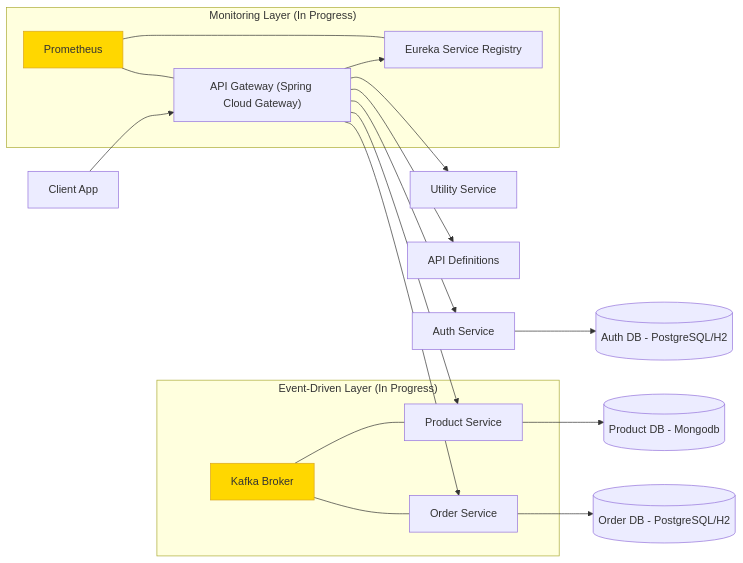
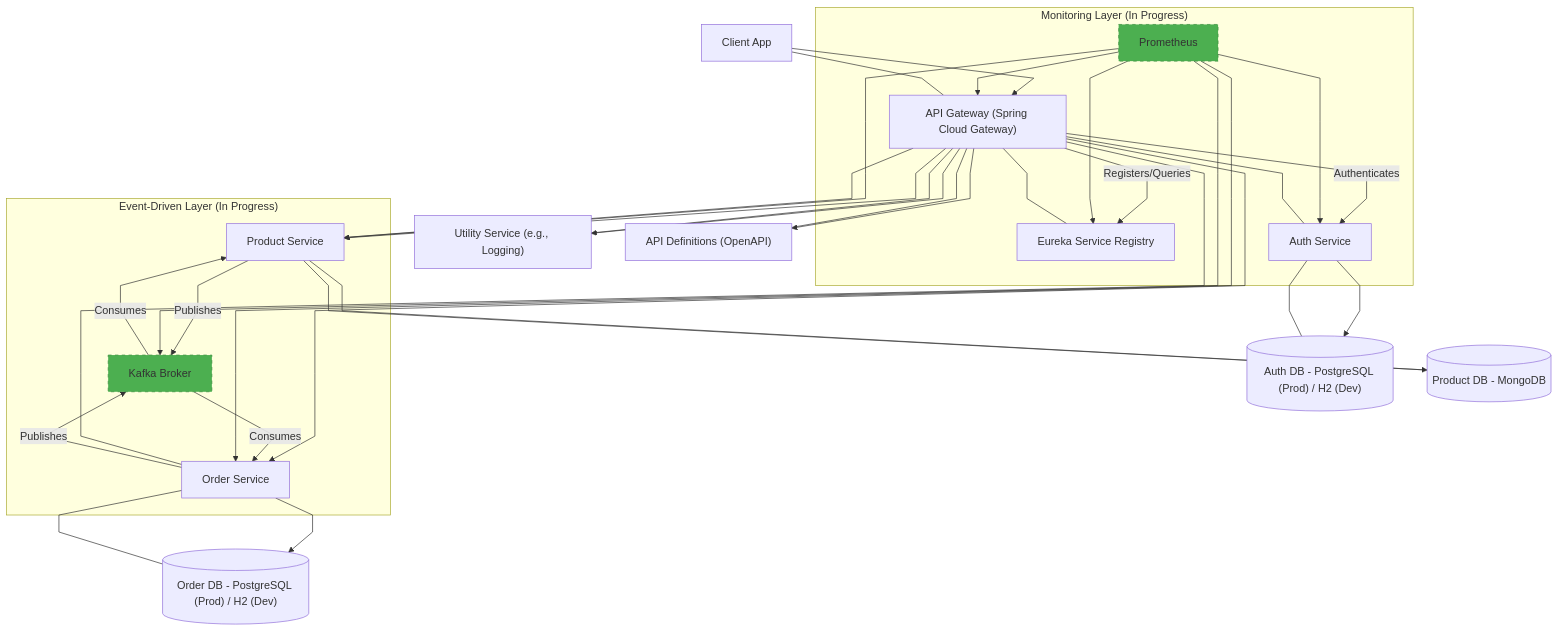
The diagram in README.md (amodhyh/Project-Sazzler), drawn with Mermaid before and after one commit.

Commit message:
Revise architecture diagram in README
Updated architecture diagram to reflect changes in services and databases, including new monitoring and event-driven layers.

````diff
--- a/README.md
+++ b/README.md
@@ -72,27 +71,61 @@
 ```mermaid
-flowchart LR
-  Client["Client App"] --> Gateway["API Gateway (Spring Cloud Gateway)"]
-  Gateway --> Registry["Eureka Service Registry"]
-  Gateway --> Auth["Auth Service"]
-  Gateway --> Product["Product Service"]
-  Gateway --> Order["Order Service"]
-  Gateway --> Utility["Utility Service"]
-  Gateway --> APIDef["API Definitions"]
+%%{init: { "flowchart": { "curve": "linear" } }}%%
+flowchart TD
+  Client["Client App"]
+  Gateway["API Gateway (Spring Cloud Gateway)"]
+  Registry["Eureka Service Registry"]
+  Auth["Auth Service"]
+  Product["Product Service"]
+  Order["Order Service"]
+  Utility["Utility Service (e.g., Logging)"]
+  APIDef["API Definitions (OpenAPI)"]
+  DBAuth[("Auth DB - PostgreSQL (Prod) / H2 (Dev)")]
+  DBOrder[("Order DB - PostgreSQL (Prod) / H2 (Dev)")]
+  DBProduct[("Product DB - MongoDB")]
 
-  Auth --> DBAuth[("Auth DB - PostgreSQL/H2")]
-  Product --> DBProduct[("Product DB - Mongodb")]
-  Order --> DBOrder[("Order DB - PostgreSQL/H2")]
+  Client --> Gateway
+  Gateway -->|Registers/Queries| Registry
+  Gateway -->|Authenticates| Auth
+  Gateway --> Product
+  Gateway --> Order
+  Gateway --> Utility
+  Gateway --> APIDef
+
+  Auth --> DBAuth
+  Order --> DBOrder
+  Product --> DBProduct
 
   subgraph "Event-Driven Layer (In Progress)"
-    Kafka["Kafka Broker"] --- Order
-    Kafka --- Product
+    Kafka["Kafka Broker"]
+    Kafka -->|Consumes| Order
+    Order -->|Publishes| Kafka
+    Kafka -->|Consumes| Product
+    Product -->|Publishes| Kafka
   end
 
   subgraph "Monitoring Layer (In Progress)"
-    Prometheus["Prometheus"] --- Registry
-    Prometheus --- Gateway
+    Prometheus["Prometheus"]
+    Prometheus --> Registry
+    Prometheus --> Gateway
+    Prometheus --> Auth
+    Prometheus --> Product
+    Prometheus --> Order
+    Prometheus --> Kafka
   end
 
-  style Kafka fill:#FFD700,stroke:#DAA520
-  style Prometheus fill:#FFD700,stroke:#DAA520
+  style Kafka fill:#4CAF50,stroke:#388E3C,stroke-dasharray: 5 5
+  style Prometheus fill:#4CAF50,stroke:#388E3C,stroke-dasharray: 5 5
+  
+
+  %% Align nodes to encourage straight lines
+  Client --- Gateway
+  Gateway --- Registry
+  Gateway --- Auth
+  Gateway --- Product
+  Gateway --- Order
+  Gateway --- Utility
+  Gateway --- APIDef
+  Auth --- DBAuth
+  Order --- DBOrder
+  Product --- DBProduct
 ```
````
